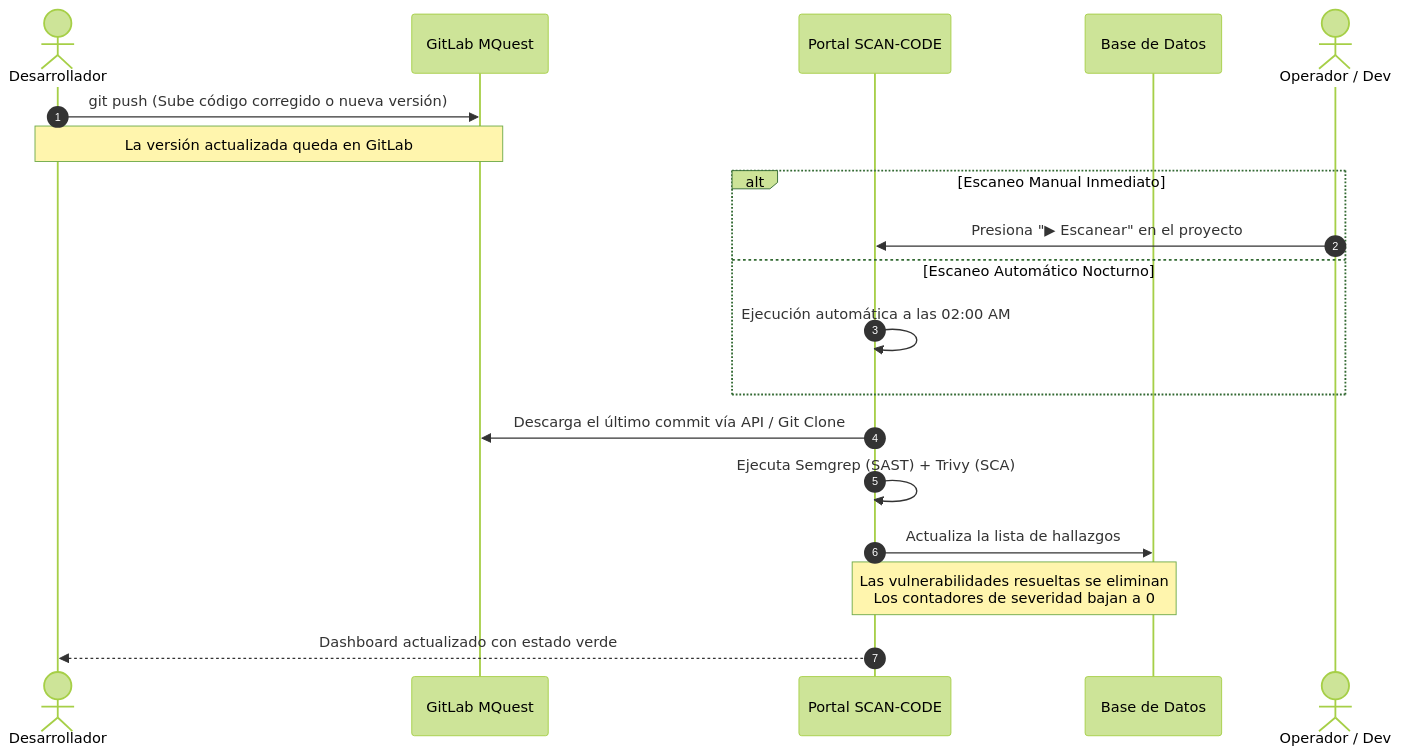
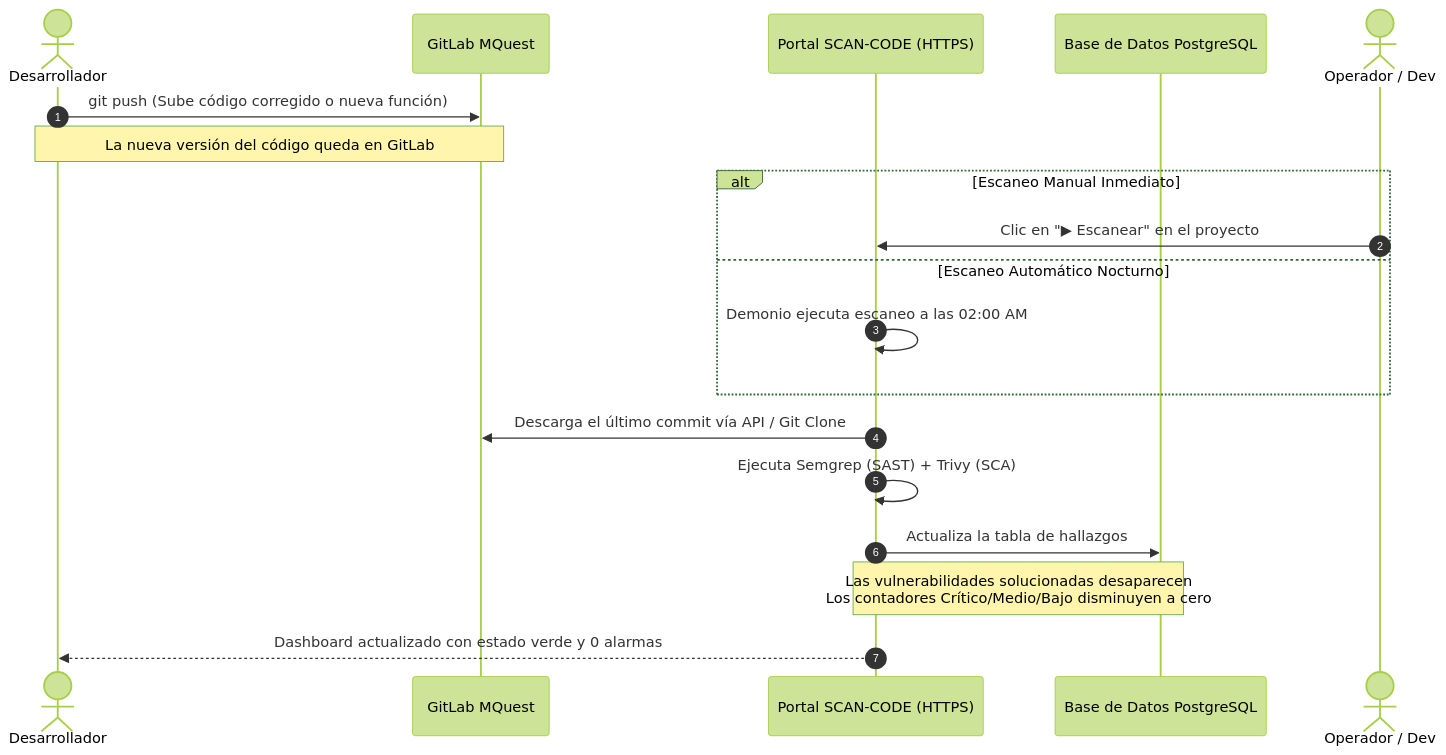
The second of 2 diagrams in MANUAL_DE_OPERACION.md (cplazaibarra/analisis-codigo), drawn with Mermaid (forest theme) before and after one commit. The commit also changed other lines of this file and 1 other file, not shown here.

Commit message:
docs: Actualización de Manual de Operación y Documento Estratégico (HTTPS, Vista Unificada de Proyecto y Contadores)

````diff
--- a/MANUAL_DE_OPERACION.md
+++ b/MANUAL_DE_OPERACION.md
@@ -73,24 +73,24 @@
 ```mermaid
 sequenceDiagram
     autonumber
     actor Dev as Desarrollador
     participant GL as GitLab MQuest
-    participant SC as Portal SCAN-CODE
-    participant DB as Base de Datos
+    participant SC as Portal SCAN-CODE (HTTPS)
+    participant DB as Base de Datos PostgreSQL
 
-    Dev->>GL: git push (Sube código corregido o nueva versión)
-    Note over Dev,GL: La versión actualizada queda en GitLab
+    Dev->>GL: git push (Sube código corregido o nueva función)
+    Note over Dev,GL: La nueva versión del código queda en GitLab
     
     alt Escaneo Manual Inmediato
         actor Op as Operador / Dev
-        Op->>SC: Presiona "▶ Escanear" en el proyecto
+        Op->>SC: Clic en "▶ Escanear" en el proyecto
     else Escaneo Automático Nocturno
-        SC->>SC: Ejecución automática a las 02:00 AM
+        SC->>SC: Demonio ejecuta escaneo a las 02:00 AM
     end
 
     SC->>GL: Descarga el último commit vía API / Git Clone
     SC->>SC: Ejecuta Semgrep (SAST) + Trivy (SCA)
-    SC->>DB: Actualiza la lista de hallazgos
-    Note over SC,DB: Las vulnerabilidades resueltas se eliminan<br/>Los contadores de severidad bajan a 0
-    SC-->>Dev: Dashboard actualizado con estado verde
+    SC->>DB: Actualiza la tabla de hallazgos
+    Note over SC,DB: Las vulnerabilidades solucionadas desaparecen<br/>Los contadores Crítico/Medio/Bajo disminuyen a cero
+    SC-->>Dev: Dashboard actualizado con estado verde y 0 alarmas
 ```
````
